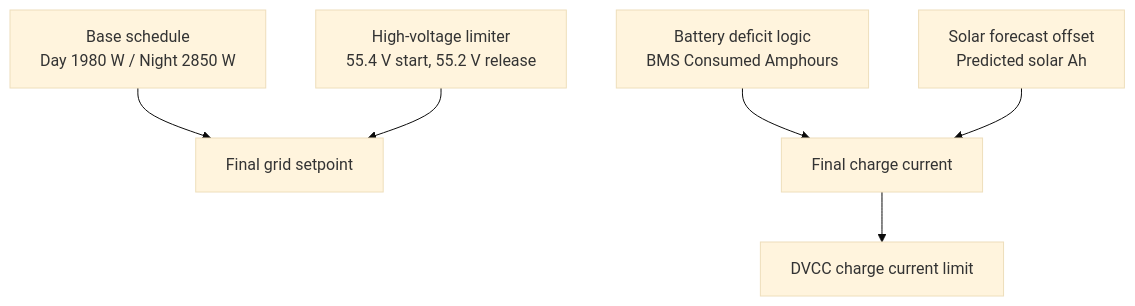
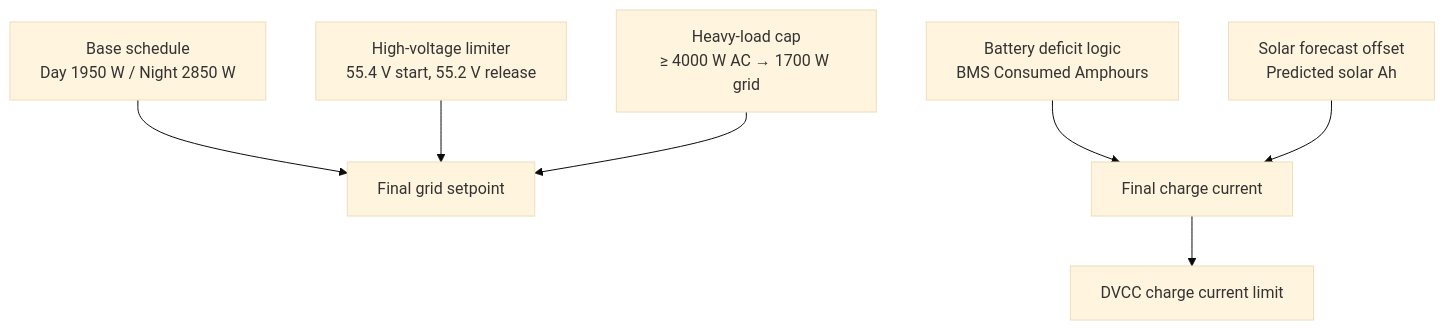
Before and after one commit to vzakusylo/victron: the second of 3 diagrams in README.md, drawn with Mermaid (base theme). The commit also changed other lines of this file and 5 other files, not shown here.

````diff
--- a/README.md
+++ b/README.md
@@ -102,8 +106,9 @@
 ```mermaid
 flowchart TD
-  A[Base schedule<br/>Day 1980 W / Night 2850 W] --> E[Final grid setpoint]
+  A[Base schedule<br/>Day 1950 W / Night 2850 W] --> E[Final grid setpoint]
     B[Battery deficit logic<br/>BMS Consumed Amphours] --> F[Final charge current]
   C[Solar forecast offset<br/>Predicted solar Ah] --> F
   D[High-voltage limiter<br/>55.4 V start, 55.2 V release] --> E
+  G[Heavy-load cap<br/>≥ 4000 W AC → 1700 W grid] --> E
     F --> H[DVCC charge current limit]
 ```
````
